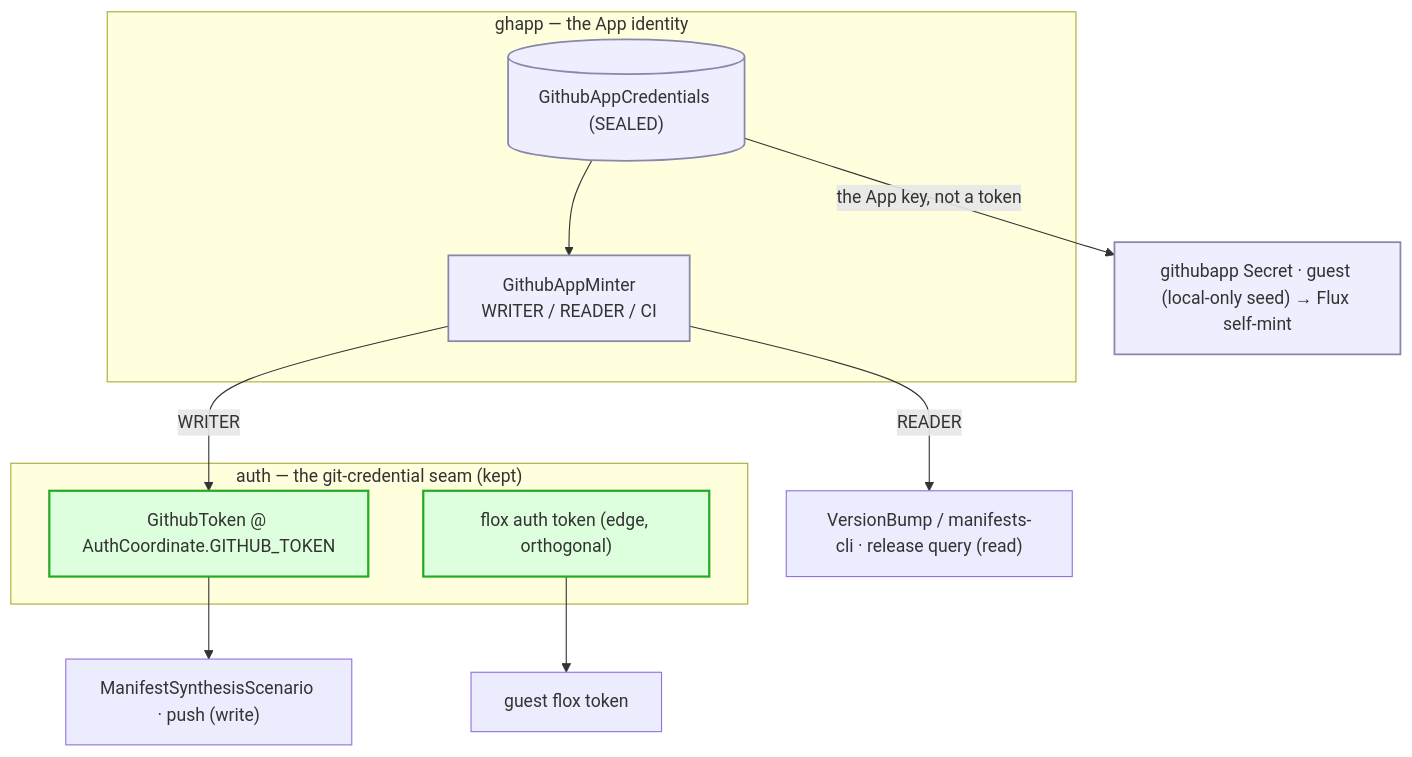
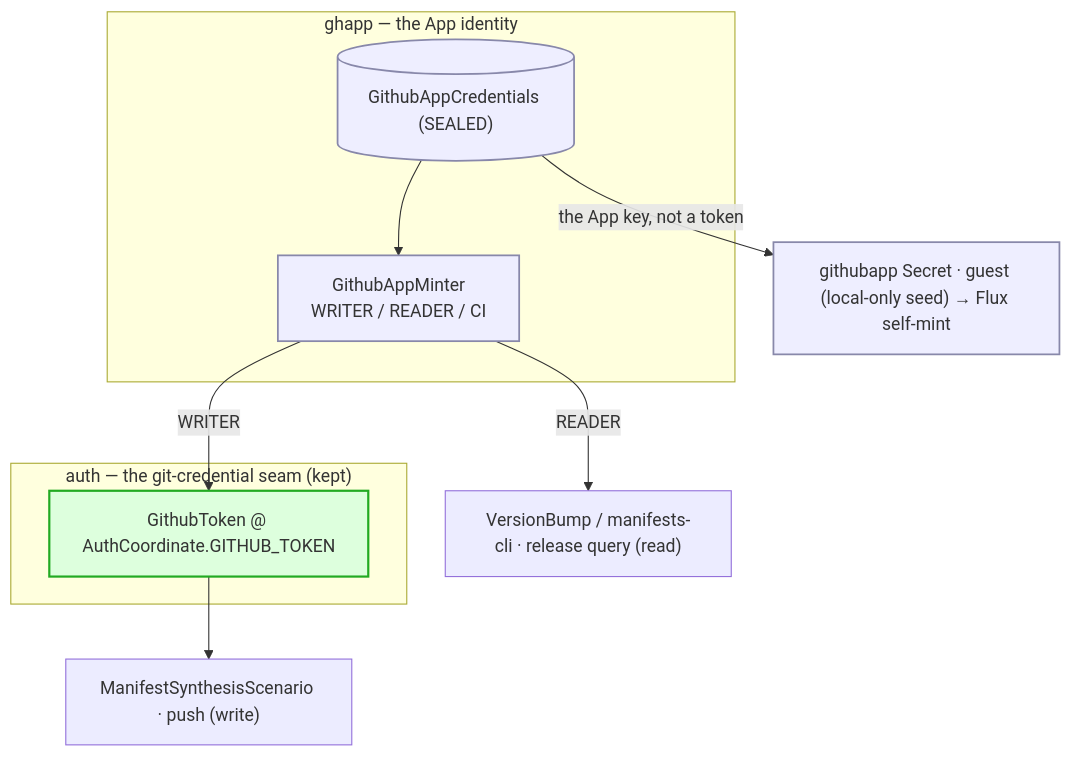
Before and after one commit to seedmatic/rke2lab: the first of 5 diagrams in docs/architecture/cluster-api/github-credential-model.adoc, drawn with Mermaid. The commit also changed other lines of this file and 31 other files, not shown here.

```diff
--- a/docs/architecture/cluster-api/github-credential-model.adoc
+++ b/docs/architecture/cluster-api/github-credential-model.adoc
@@ -242,25 +235,22 @@
 [mermaid,github-credential-model-delegation,svg]
 ----
 flowchart TB
   subgraph GHAPP["ghapp — the App identity"]
     CRED[("GithubAppCredentials (SEALED)")]
     MINT["GithubAppMinter<br/>WRITER / READER / CI"]
     CRED --> MINT
   end
   subgraph AUTH["auth — the git-credential seam (kept)"]
     TOK["GithubToken @ AuthCoordinate.GITHUB_TOKEN"]
-    FLOXE["flox auth token (edge, orthogonal)"]
   end
   PUSH["ManifestSynthesisScenario · push (write)"]
   VB["VersionBump / manifests-cli · release query (read)"]
   GSEC["githubapp Secret · guest (local-only seed) → Flux self-mint"]
-  GFLOX["guest flox token"]
   MINT -->|WRITER| TOK
   TOK --> PUSH
   MINT -->|READER| VB
   CRED -->|the App key, not a token| GSEC
-  FLOXE --> GFLOX
   classDef app fill:#eef,stroke:#88a,stroke-width:1.6px;
   classDef keep fill:#dfd,stroke:#2a2,stroke-width:2px;
-  class CRED,MINT,GSEC app; class TOK,FLOXE keep;
+  class CRED,MINT,GSEC app; class TOK keep;
 ----
```
